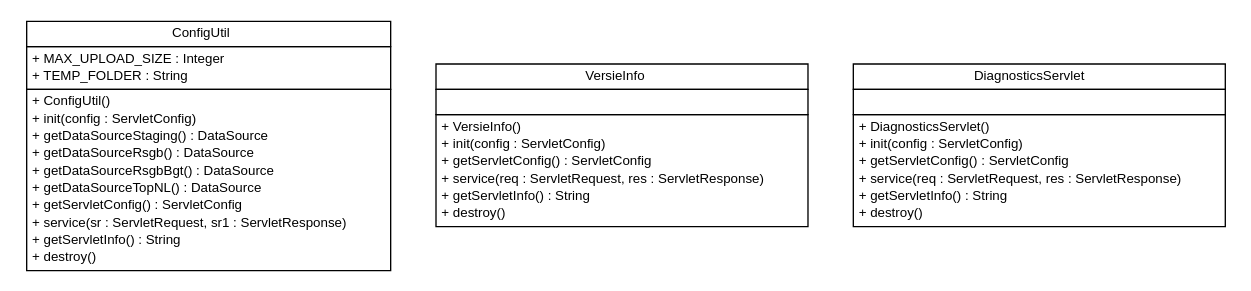
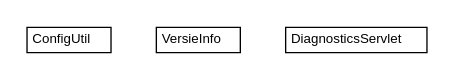
One commit to B3Partners/brmo changed the diagram in brmo-init-util/apidocs/nl/b3p/brmo/service/util/nl.b3p.brmo.service.util.dot. Above: the diagram before and after it, drawn with Graphviz. The commit also changed 49 other files, not shown here.

```diff
--- a/brmo-init-util/apidocs/nl/b3p/brmo/service/util/nl.b3p.brmo.service.util.dot
+++ b/brmo-init-util/apidocs/nl/b3p/brmo/service/util/nl.b3p.brmo.service.util.dot
@@ -1,68 +1,30 @@
 #!/usr/local/bin/dot
 #
 # Class diagram 
 # Generated by UMLGraph version R5_6-24-gf6e263 (http://www.umlgraph.org/)
 #
 
 digraph G {
 	edge [fontname="Helvetica",fontsize=10,labelfontname="Helvetica",labelfontsize=10];
 	node [fontname="Helvetica",fontsize=10,shape=plaintext];
 	nodesep=0.25;
 	ranksep=0.5;
 	// nl.b3p.brmo.service.util.ConfigUtil
 	c0 [label=<<table title="nl.b3p.brmo.service.util.ConfigUtil" border="0" cellborder="1" cellspacing="0" cellpadding="2" port="p" href="./ConfigUtil.html">
 		<tr><td><table border="0" cellspacing="0" cellpadding="1">
 <tr><td align="center" balign="center"> ConfigUtil </td></tr>
 		</table></td></tr>
-		<tr><td><table border="0" cellspacing="0" cellpadding="1">
-<tr><td align="left" balign="left"> + MAX_UPLOAD_SIZE : Integer </td></tr>
-<tr><td align="left" balign="left"> + TEMP_FOLDER : String </td></tr>
-		</table></td></tr>
-		<tr><td><table border="0" cellspacing="0" cellpadding="1">
-<tr><td align="left" balign="left"> + ConfigUtil() </td></tr>
-<tr><td align="left" balign="left"> + init(config : ServletConfig) </td></tr>
-<tr><td align="left" balign="left"> + getDataSourceStaging() : DataSource </td></tr>
-<tr><td align="left" balign="left"> + getDataSourceRsgb() : DataSource </td></tr>
-<tr><td align="left" balign="left"> + getDataSourceRsgbBgt() : DataSource </td></tr>
-<tr><td align="left" balign="left"> + getDataSourceTopNL() : DataSource </td></tr>
-<tr><td align="left" balign="left"> + getServletConfig() : ServletConfig </td></tr>
-<tr><td align="left" balign="left"> + service(sr : ServletRequest, sr1 : ServletResponse) </td></tr>
-<tr><td align="left" balign="left"> + getServletInfo() : String </td></tr>
-<tr><td align="left" balign="left"> + destroy() </td></tr>
-		</table></td></tr>
 		</table>>, URL="./ConfigUtil.html", fontname="Helvetica", fontcolor="black", fontsize=10.0];
 	// nl.b3p.brmo.service.util.VersieInfo
 	c1 [label=<<table title="nl.b3p.brmo.service.util.VersieInfo" border="0" cellborder="1" cellspacing="0" cellpadding="2" port="p" href="./VersieInfo.html">
 		<tr><td><table border="0" cellspacing="0" cellpadding="1">
 <tr><td align="center" balign="center"> VersieInfo </td></tr>
-		</table></td></tr>
-		<tr><td><table border="0" cellspacing="0" cellpadding="1">
-<tr><td align="left" balign="left">  </td></tr>
-		</table></td></tr>
-		<tr><td><table border="0" cellspacing="0" cellpadding="1">
-<tr><td align="left" balign="left"> + VersieInfo() </td></tr>
-<tr><td align="left" balign="left"> + init(config : ServletConfig) </td></tr>
-<tr><td align="left" balign="left"> + getServletConfig() : ServletConfig </td></tr>
-<tr><td align="left" balign="left"> + service(req : ServletRequest, res : ServletResponse) </td></tr>
-<tr><td align="left" balign="left"> + getServletInfo() : String </td></tr>
-<tr><td align="left" balign="left"> + destroy() </td></tr>
 		</table></td></tr>
 		</table>>, URL="./VersieInfo.html", fontname="Helvetica", fontcolor="black", fontsize=10.0];
 	// nl.b3p.brmo.service.util.DiagnosticsServlet
 	c2 [label=<<table title="nl.b3p.brmo.service.util.DiagnosticsServlet" border="0" cellborder="1" cellspacing="0" cellpadding="2" port="p" href="./DiagnosticsServlet.html">
 		<tr><td><table border="0" cellspacing="0" cellpadding="1">
 <tr><td align="center" balign="center"> DiagnosticsServlet </td></tr>
 		</table></td></tr>
-		<tr><td><table border="0" cellspacing="0" cellpadding="1">
-<tr><td align="left" balign="left">  </td></tr>
-		</table></td></tr>
-		<tr><td><table border="0" cellspacing="0" cellpadding="1">
-<tr><td align="left" balign="left"> + DiagnosticsServlet() </td></tr>
-<tr><td align="left" balign="left"> + init(config : ServletConfig) </td></tr>
-<tr><td align="left" balign="left"> + getServletConfig() : ServletConfig </td></tr>
-<tr><td align="left" balign="left"> + service(req : ServletRequest, res : ServletResponse) </td></tr>
-<tr><td align="left" balign="left"> + getServletInfo() : String </td></tr>
-<tr><td align="left" balign="left"> + destroy() </td></tr>
-		</table></td></tr>
 		</table>>, URL="./DiagnosticsServlet.html", fontname="Helvetica", fontcolor="black", fontsize=10.0];
 }
```
